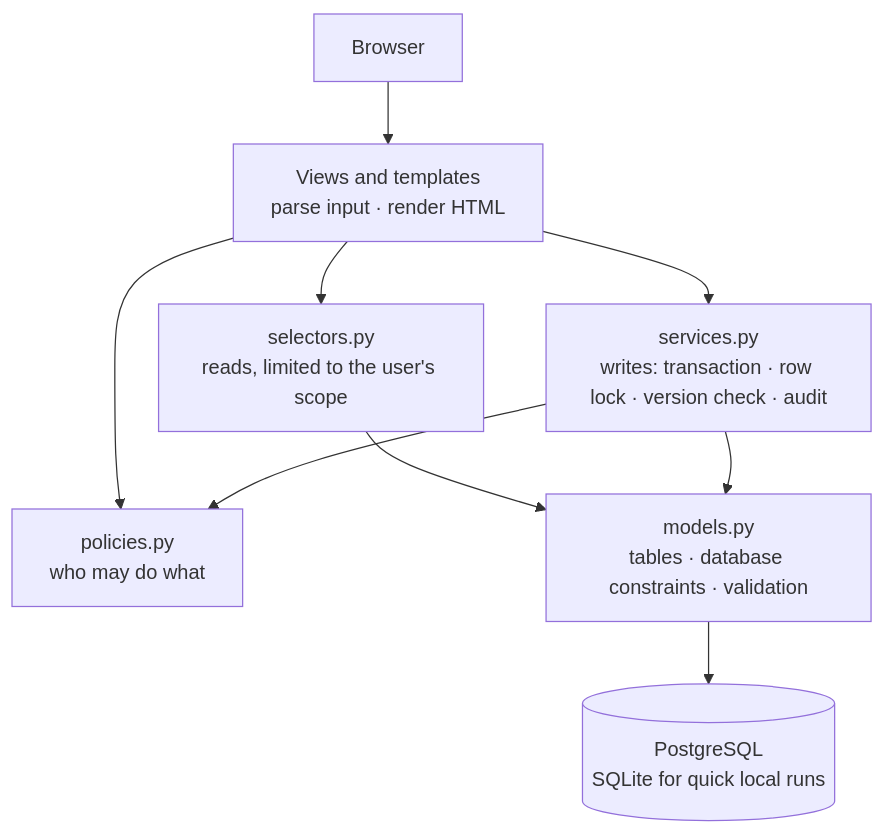
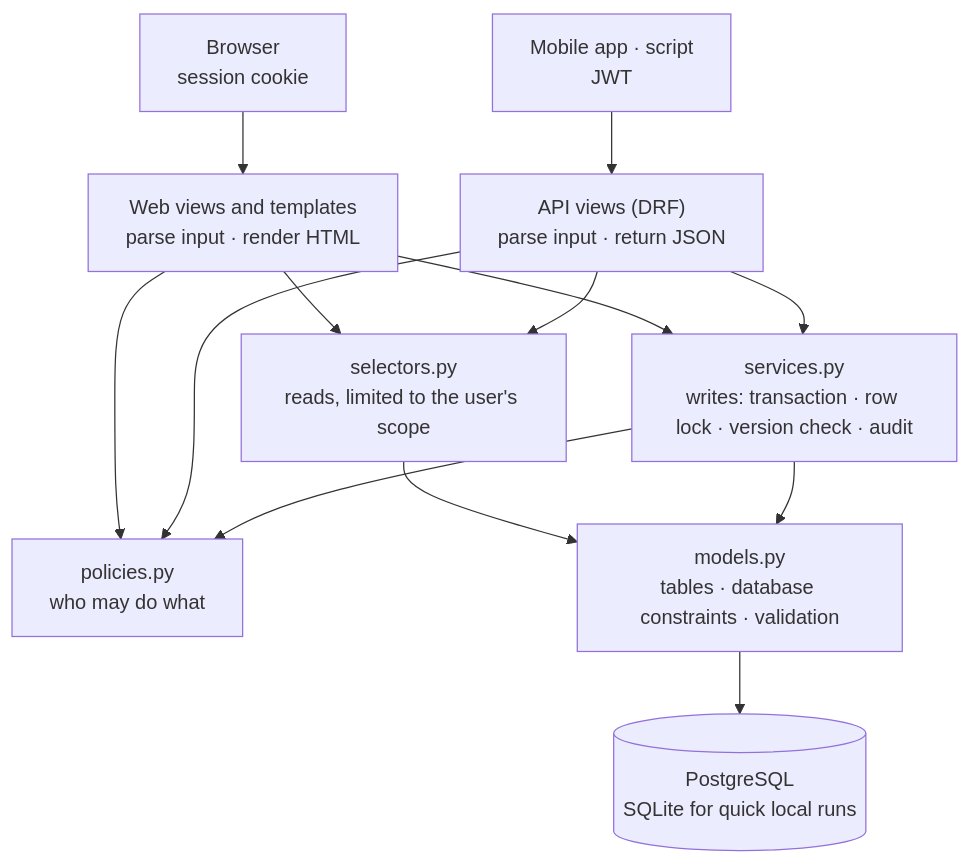
One commit to Sandeepjanjirala/ERP changed the diagram in docs/ARCHITECTURE.md. Above: the diagram before and after it, drawn with Mermaid. The commit also changed other lines of this file and 8 other files, not shown here.

````diff
--- a/docs/ARCHITECTURE.md
+++ b/docs/ARCHITECTURE.md
@@ -9,11 +9,15 @@
 ```mermaid
 flowchart TB
-    browser["Browser"] --> views["Views and templates<br/>parse input · render HTML"]
+    browser["Browser<br/>session cookie"] --> views["Web views and templates<br/>parse input · render HTML"]
+    client["Mobile app · script<br/>JWT"] --> api["API views (DRF)<br/>parse input · return JSON"]
     views --> policies["policies.py<br/>who may do what"]
     views --> selectors["selectors.py<br/>reads, limited to the user's scope"]
     views --> services["services.py<br/>writes: transaction · row lock · version check · audit"]
+    api --> policies
+    api --> selectors
+    api --> services
     services --> policies
     selectors --> models["models.py<br/>tables · database constraints · validation"]
     services --> models
     models --> db[("PostgreSQL<br/>SQLite for quick local runs")]
 ```
````
